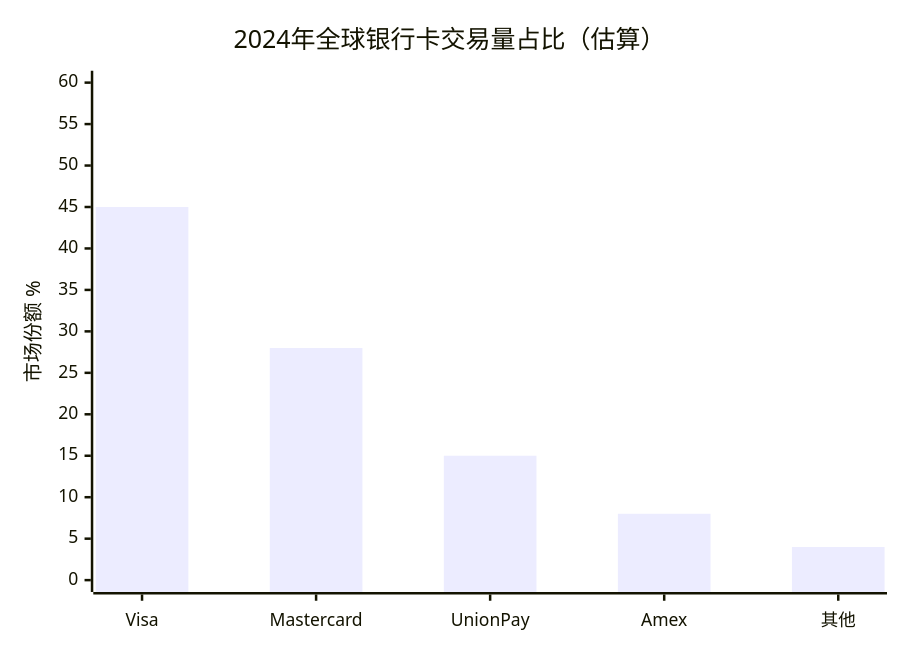
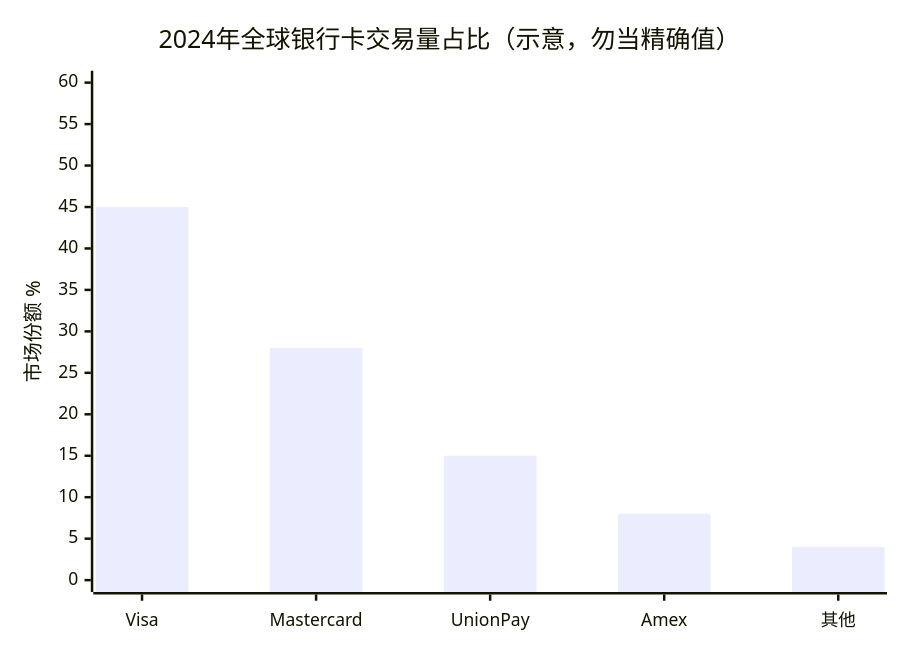
One commit to zhaofutao04/zblog changed the tenth of 15 diagrams in docs/_posts/international-card-schemes.md. Above: the diagram before and after it, drawn with Mermaid. The commit also changed other lines of this file and 23 other files, not shown here.

````diff
--- a/docs/_posts/international-card-schemes.md
+++ b/docs/_posts/international-card-schemes.md
@@ -356,7 +364,7 @@
 ```mermaid
 xychart-beta
-    title "2024年全球银行卡交易量占比（估算）"
+    title "2024年全球银行卡交易量占比（示意，勿当精确值）"
     x-axis ["Visa", "Mastercard", "UnionPay", "Amex", "其他"]
     y-axis "市场份额 %" 0 --> 60
     bar [45, 28, 15, 8, 4]
 ```
````
